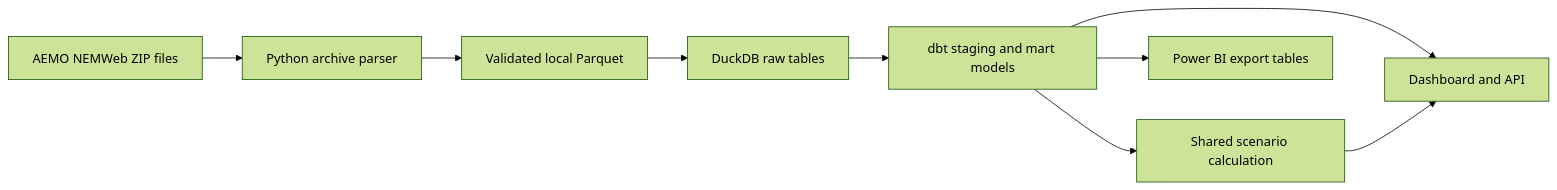
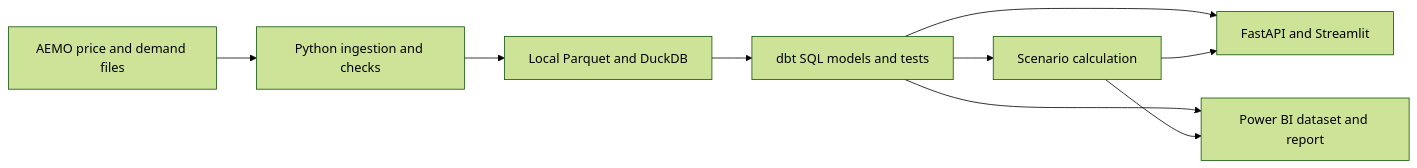
One commit to Suhail15/australian-energy-decision-platform changed the diagram in README.md. Above: the diagram before and after it, drawn with Mermaid (forest theme). The commit also changed other lines of this file and 13 other files, not shown here.

````diff
--- a/README.md
+++ b/README.md
@@ -65,11 +29,11 @@
 ```mermaid
 flowchart LR
-    A[AEMO NEMWeb ZIP files] --> B[Python archive parser]
-    B --> C[Validated local Parquet]
-    C --> D[DuckDB raw tables]
-    D --> E[dbt staging and mart models]
-    E --> F[Shared scenario calculation]
-    E --> G[Dashboard and API]
-    E --> H[Power BI export tables]
-    F --> G
+    A[AEMO price and demand files] --> B[Python ingestion and checks]
+    B --> C[Local Parquet and DuckDB]
+    C --> D[dbt SQL models and tests]
+    D --> E[Scenario calculation]
+    D --> F[FastAPI and Streamlit]
+    D --> G[Power BI dataset and report]
+    E --> F
+    E --> G
 ```
````
